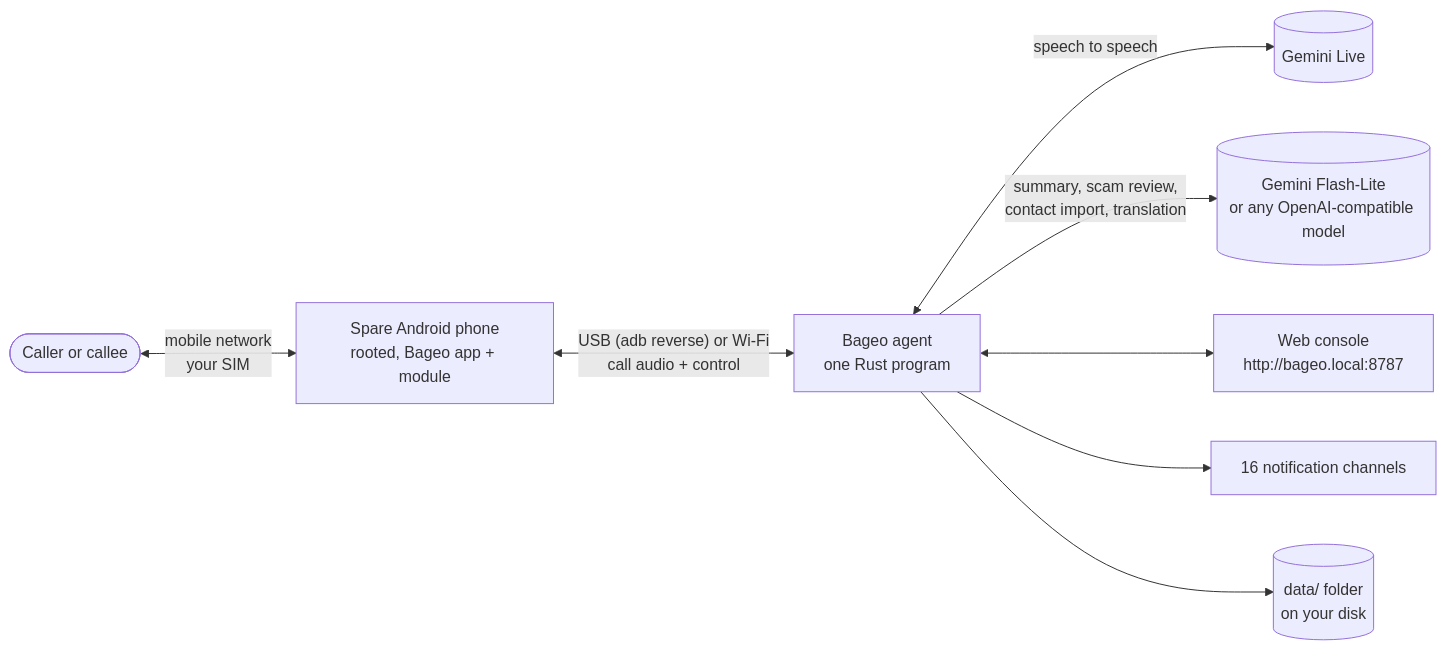
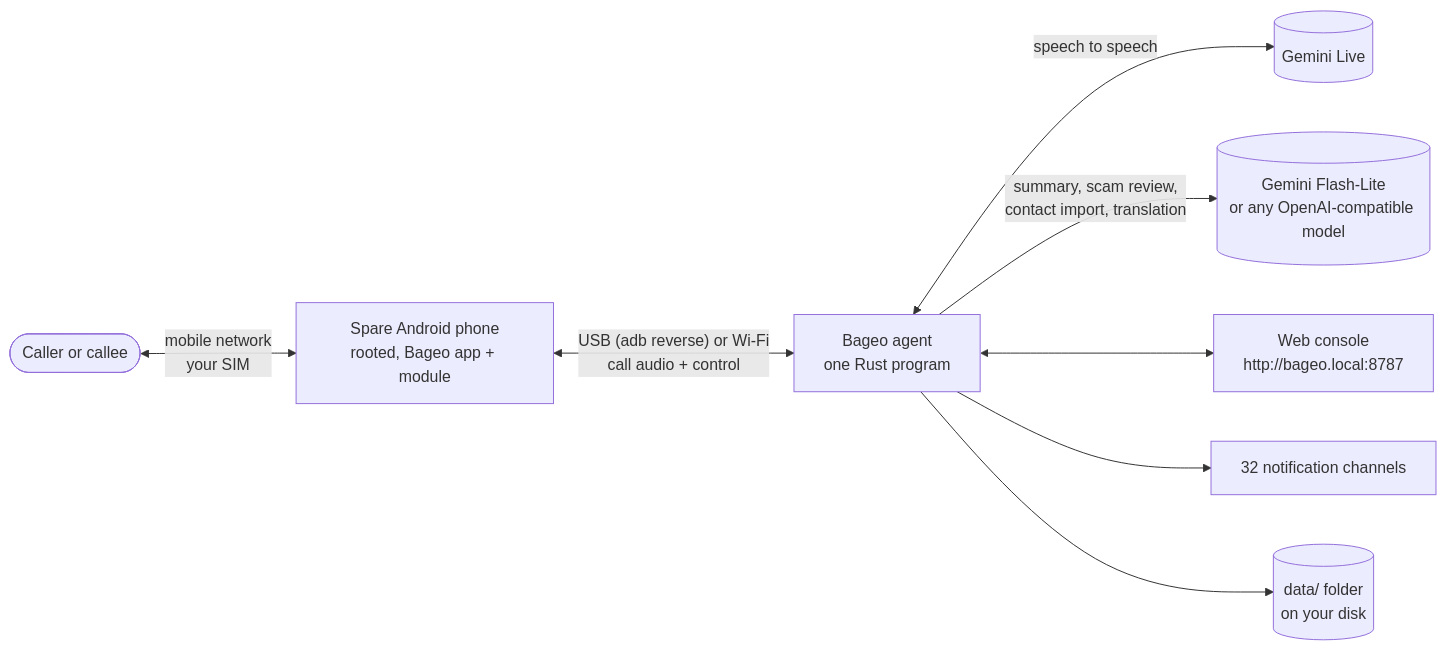
One commit to h4lo-void/bageo-call changed the diagram in README.md. Above: the diagram before and after it, drawn with Mermaid. The commit also changed other lines of this file and 17 other files, not shown here.

````diff
--- a/README.md
+++ b/README.md
@@ -88,10 +88,10 @@
 ```mermaid
 flowchart LR
     other(["Caller or callee"]) <-- "mobile network<br/>your SIM" --> phone["Spare Android phone<br/>rooted, Bageo app + module"]
     phone <-- "USB (adb reverse) or Wi-Fi<br/>call audio + control" --> agent["Bageo agent<br/>one Rust program"]
     agent <-- "speech to speech" --> gemini[("Gemini Live")]
     agent -- "summary, scam review,<br/>contact import, translation" --> lite[("Gemini Flash-Lite<br/>or any OpenAI-compatible model")]
     agent <--> console["Web console<br/>http://bageo.local:8787"]
-    agent --> notify["16 notification channels"]
+    agent --> notify["32 notification channels"]
     agent --> data[("data/ folder<br/>on your disk")]
 ```
````
